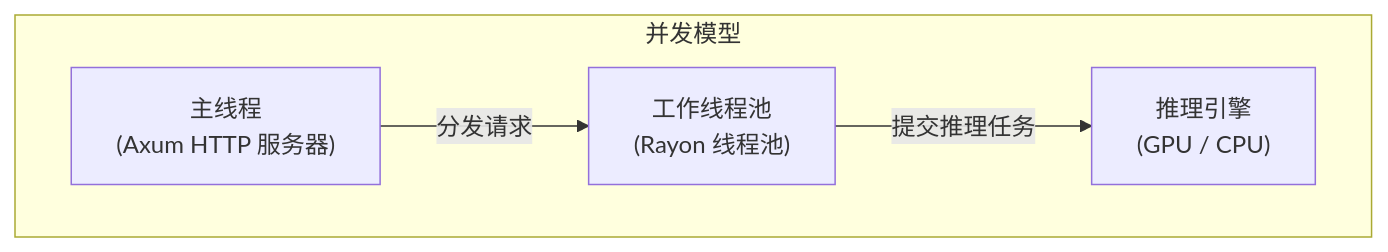
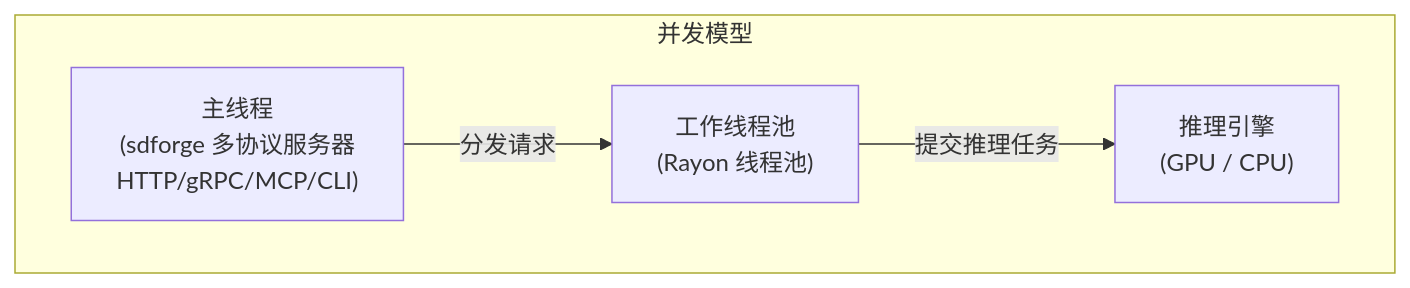
One commit to Kirky-X/vecboost changed the sixth of 7 diagrams in docs/ARCHITECTURE_zh.md. Above: the diagram before and after it, drawn with Mermaid. The commit also changed other lines of this file and 5 other files, not shown here.

````diff
--- a/docs/ARCHITECTURE_zh.md
+++ b/docs/ARCHITECTURE_zh.md
@@ -602,8 +736,8 @@
 ```mermaid
 graph TB
     subgraph ThreadPool["并发模型"]
-        Main["主线程<br/>(Axum HTTP 服务器)"] -->|"分发请求"| Workers["工作线程池<br/>(Rayon 线程池)"]
+        Main["主线程<br/>(sdforge 多协议服务器<br/>HTTP/gRPC/MCP/CLI)"] -->|"分发请求"| Workers["工作线程池<br/>(Rayon 线程池)"]
 
         Workers -->|"提交推理任务"| Engine["推理引擎<br/>(GPU / CPU)"]
     end
 ```
````
